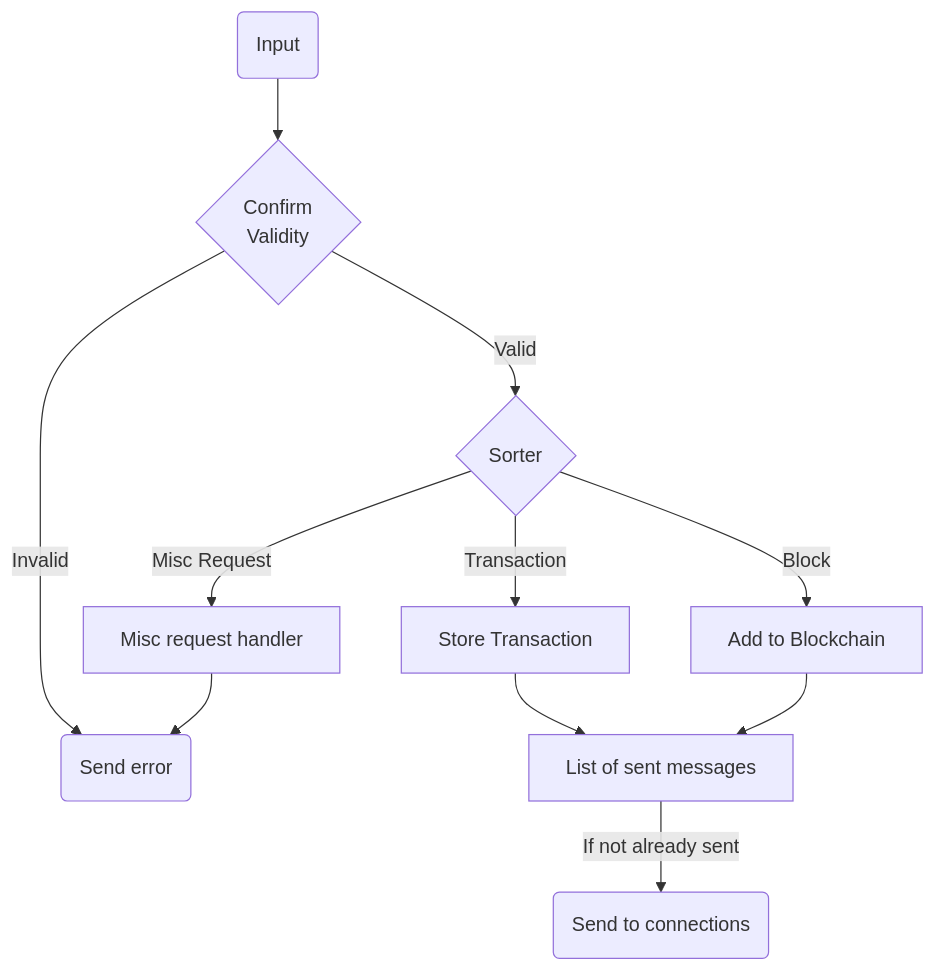
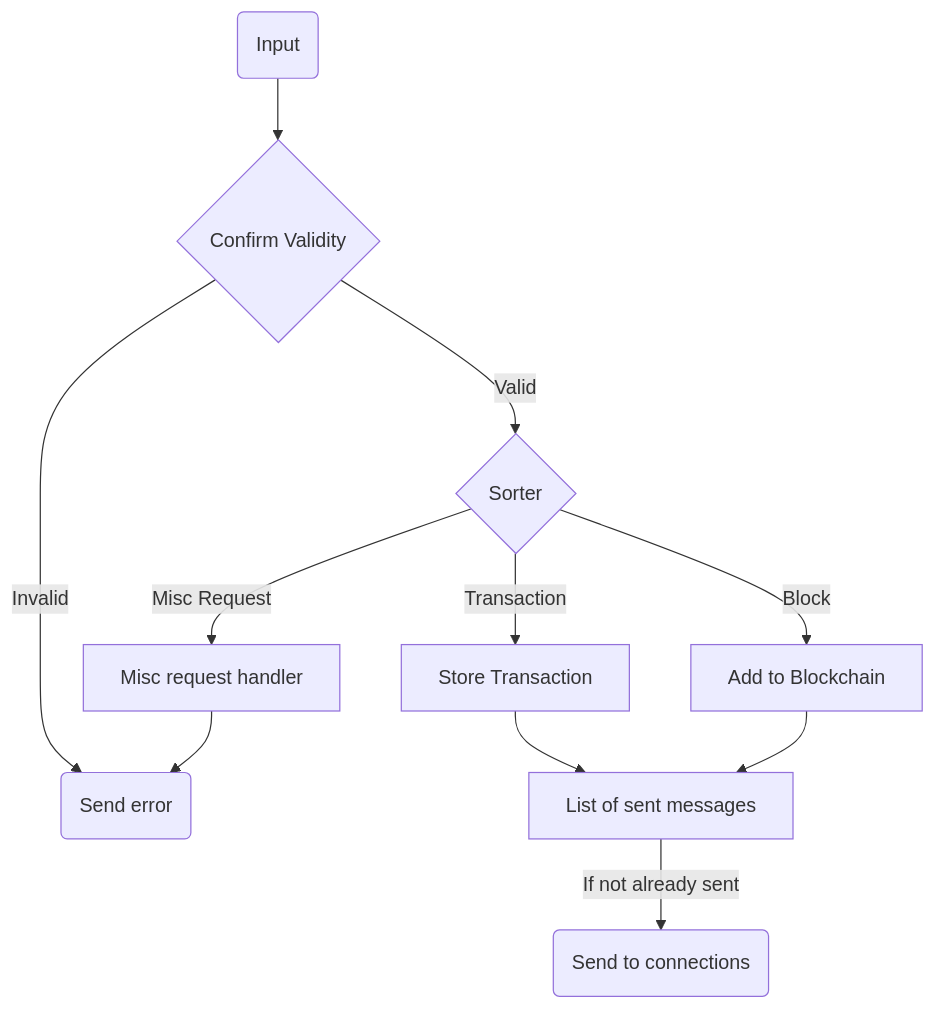
The fifth of 6 diagrams in docs/Arbitra.md (mozzius/arbitra), drawn with Mermaid before and after one commit. The commit also changed other lines of this file, not shown here.

````diff
--- a/docs/Arbitra.md
+++ b/docs/Arbitra.md
@@ -1548,13 +1560,13 @@
 ```mermaid
 graph TD
-	input(Input) --> valid{Confirm<br />Validity}
+	input(Input) --> valid{Confirm Validity}
 	valid --Valid--> sort{Sorter}
 	valid --Invalid--> rts(Send error)
 	sort --Transaction--> txstore[Store Transaction]
 	txstore --> sent[List of sent messages]
 	sort --Block--> bc[Add to Blockchain]
 	bc --> sent
 	sort --Misc Request--> rq[Misc request handler]
 	rq --> rts
 	sent --If not already sent--> send(Send to connections)
 ```
````
